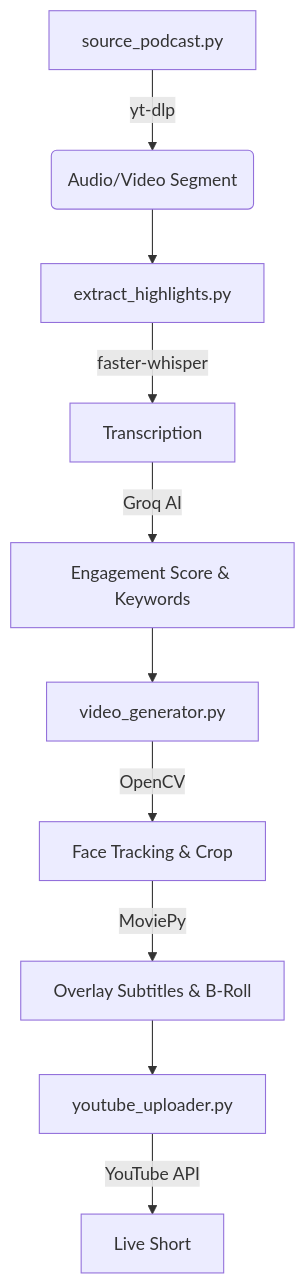
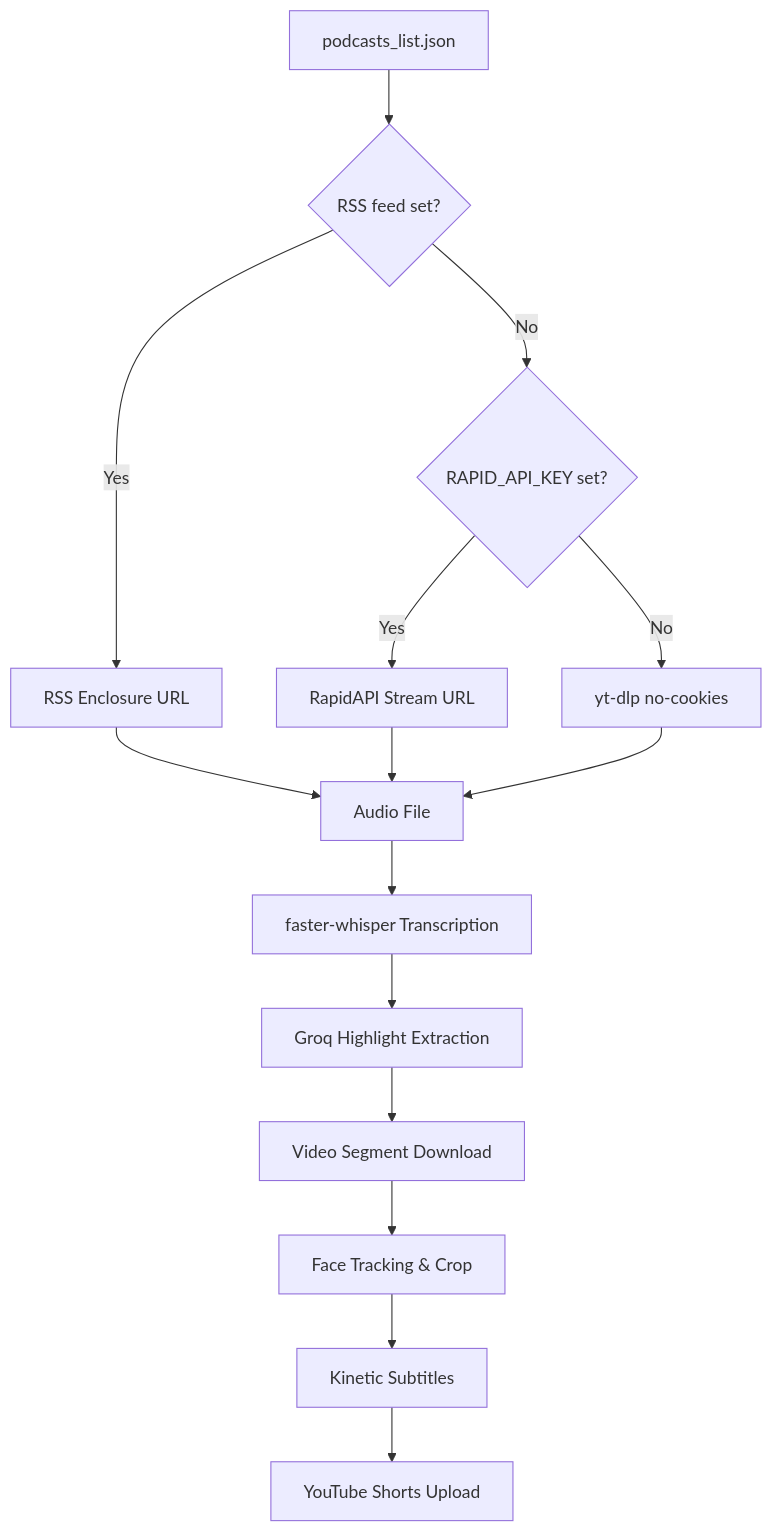
One commit to rajshevde-01/Podcast-Automation changed the diagram in README.md. Above: the diagram before and after it, drawn with Mermaid. The commit also changed other lines of this file and 5 other files, not shown here.

First line of the commit message:
feat: replace brittle download logic with RSS-first, no-cookies strategy

````diff
--- a/README.md
+++ b/README.md
@@ -23,12 +20,17 @@
 ```mermaid
 graph TD
-    A[source_podcast.py] -->|yt-dlp| B(Audio/Video Segment)
-    B --> C[extract_highlights.py]
-    C -->|faster-whisper| D[Transcription]
-    D -->|Groq AI| E[Engagement Score & Keywords]
-    E --> F[video_generator.py]
-    F -->|OpenCV| G[Face Tracking & Crop]
-    G -->|MoviePy| H[Overlay Subtitles & B-Roll]
-    H --> I[youtube_uploader.py]
-    I -->|YouTube API| J[Live Short]
+    A[podcasts_list.json] --> B{RSS feed set?}
+    B -- Yes --> C[RSS Enclosure URL]
+    B -- No --> D{RAPID_API_KEY set?}
+    D -- Yes --> E[RapidAPI Stream URL]
+    D -- No --> F[yt-dlp no-cookies]
+    C --> G[Audio File]
+    E --> G
+    F --> G
+    G --> H[faster-whisper Transcription]
+    H --> I[Groq Highlight Extraction]
+    I --> J[Video Segment Download]
+    J --> K[Face Tracking & Crop]
+    K --> L[Kinetic Subtitles]
+    L --> M[YouTube Shorts Upload]
 ```
````
